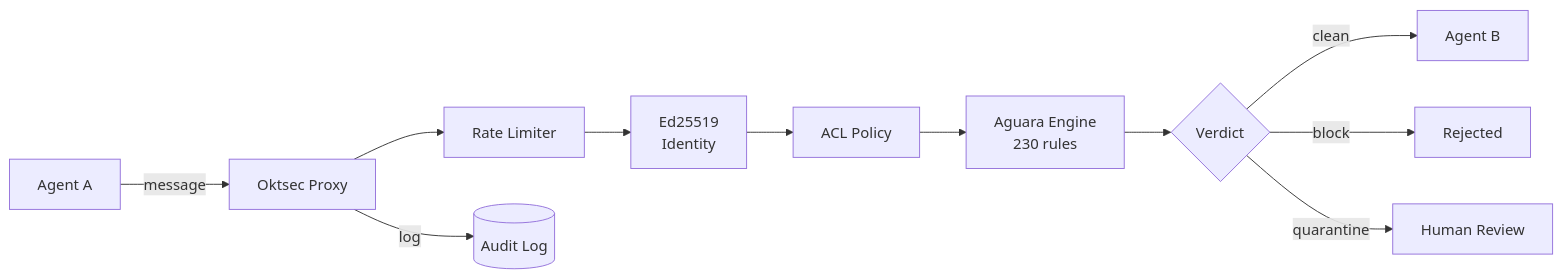
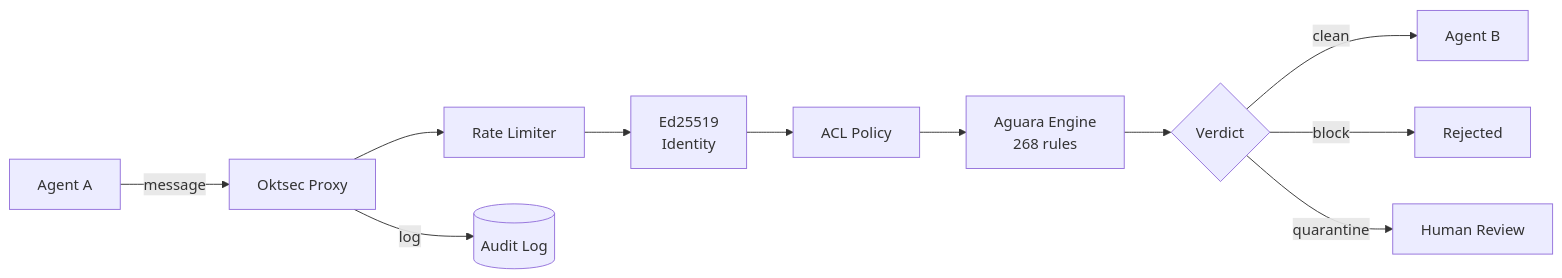
The diagram in documentation/index.md (oktsec/oktsec), drawn with Mermaid before and after one commit. The commit also changed other lines of this file and 19 other files, not shown here.

````diff
--- a/documentation/index.md
+++ b/documentation/index.md
@@ -47,13 +47,13 @@
 ```mermaid
 flowchart LR
     A[Agent A] -->|message| P[Oktsec Proxy]
     P --> R1[Rate Limiter]
     R1 --> R2[Ed25519<br>Identity]
     R2 --> R3[ACL Policy]
-    R3 --> R4[Aguara Engine<br>230 rules]
+    R3 --> R4[Aguara Engine<br>268 rules]
     R4 --> V{Verdict}
     V -->|clean| B[Agent B]
     V -->|block| X[Rejected]
     V -->|quarantine| Q[Human Review]
     P -->|log| L[(Audit Log)]
 ```
````
